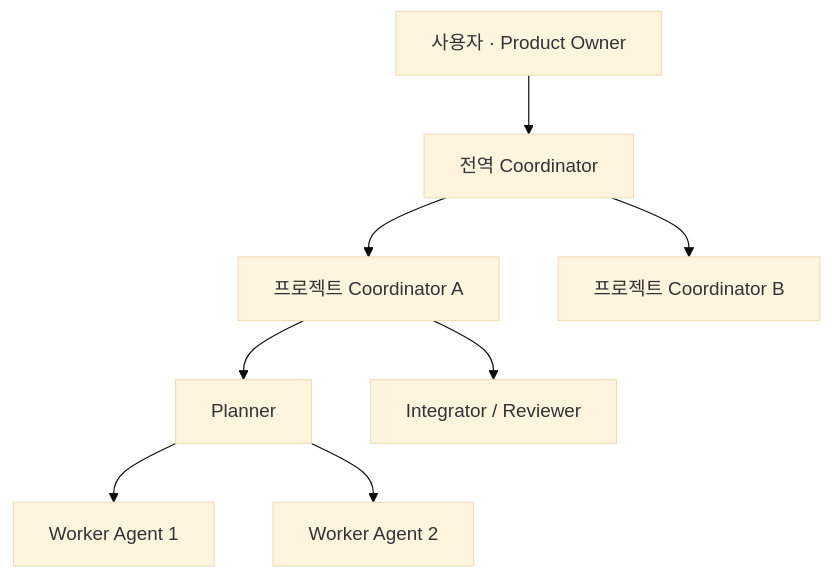
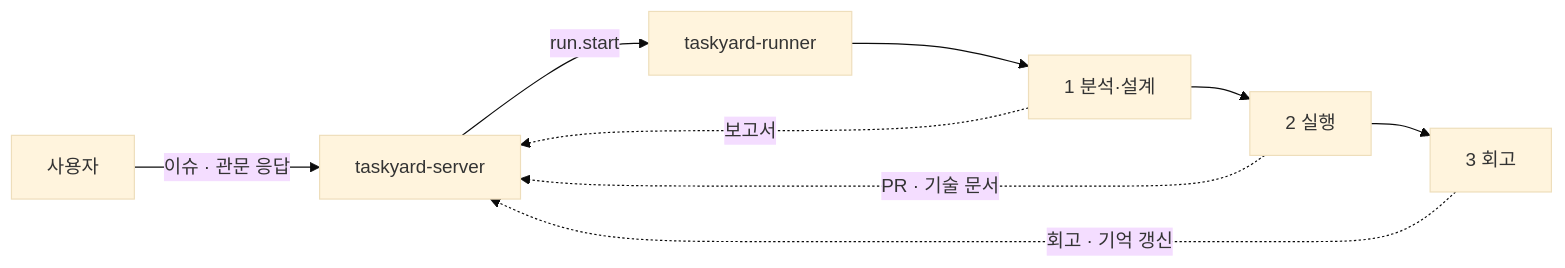
The first of 3 diagrams in taskyard-prd-v1.md (jinto/taskyard), drawn with Mermaid (base theme) before and after one commit. The commit also changed other lines of this file, not shown here.

````diff
--- a/taskyard-prd-v1.md
+++ b/taskyard-prd-v1.md
@@ -174,10 +197,9 @@
 ```mermaid
-flowchart TB
-    U["사용자 · Product Owner"] --> G["전역 Coordinator"]
-    G --> P1["프로젝트 Coordinator A"]
-    G --> P2["프로젝트 Coordinator B"]
-    P1 --> PL["Planner"]
-    PL --> W1["Worker Agent 1"]
-    PL --> W2["Worker Agent 2"]
-    P1 --> I["Integrator / Reviewer"]
+flowchart LR
+    U["사용자"] -->|이슈 · 관문 응답| S["taskyard-server"]
+    S -->|run.start| R["taskyard-runner"]
+    R --> S1["1 분석·설계"] --> S2["2 실행"] --> S3["3 회고"]
+    S1 -. 보고서 .-> S
+    S2 -. PR · 기술 문서 .-> S
+    S3 -. 회고 · 기억 갱신 .-> S
 ```
````
